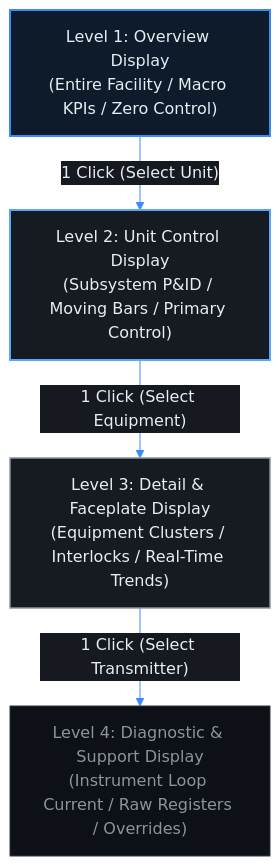
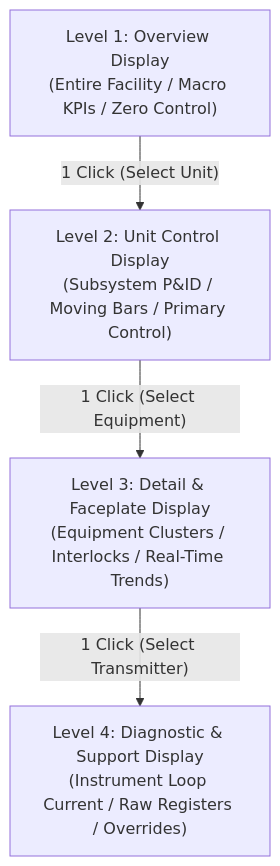
Before and after one commit to Novav20/The-Meridian-Grid: the diagram in docs/00-Domain-Mastery/lessons/16-ISA-101-High-Performance-HMI.md, drawn with Mermaid. The commit also changed 15 other files, not shown here.

Commit message:
Clean up Mermaid lesson diagrams

````diff
--- a/docs/00-Domain-Mastery/lessons/16-ISA-101-High-Performance-HMI.md
+++ b/docs/00-Domain-Mastery/lessons/16-ISA-101-High-Performance-HMI.md
@@ -250,30 +250,12 @@
 ```mermaid
-%%{init: {
-  'theme': 'base',
-  'themeVariables': {
-    'darkMode': true,
-    'primaryColor': '#1E222B',
-    'primaryTextColor': '#E6EDF3',
-    'primaryBorderColor': '#388BFD',
-    'lineColor': '#388BFD',
-    'secondaryColor': '#16191F',
-    'tertiaryColor': '#0D1117',
-    'edgeLabelBackground': '#16191F'
-  },
-  'themeCSS': '.edgeLabel { color: #E6EDF3 !important; } .edgeLabel rect { fill: #16191F !important; } .label { color: #E6EDF3 !important; } .cluster-label span { color: #E6EDF3 !important; }'
-}}%%
 graph TD
-    classDef l1 fill:#0d1b2a,stroke:#388bfd,stroke-width:2px,color:#e6edf3
-    classDef l2 fill:#161b22,stroke:#58a6ff,stroke-width:2px,color:#e6edf3
-    classDef l3 fill:#161b22,stroke:#8b949e,stroke-width:1.5px,color:#e6edf3
-    classDef l4 fill:#0d1117,stroke:#30363d,stroke-width:1px,color:#8b949e
 
-    L1["Level 1: Overview Display<br/>(Entire Facility / Macro KPIs / Zero Control)"]:::l1
-    L2["Level 2: Unit Control Display<br/>(Subsystem P&ID / Moving Bars / Primary Control)"]:::l2
-    L3["Level 3: Detail & Faceplate Display<br/>(Equipment Clusters / Interlocks / Real-Time Trends)"]:::l3
-    L4["Level 4: Diagnostic & Support Display<br/>(Instrument Loop Current / Raw Registers / Overrides)"]:::l4
+    L1["Level 1: Overview Display<br/>(Entire Facility / Macro KPIs / Zero Control)"]
+    L2["Level 2: Unit Control Display<br/>(Subsystem P&ID / Moving Bars / Primary Control)"]
+    L3["Level 3: Detail & Faceplate Display<br/>(Equipment Clusters / Interlocks / Real-Time Trends)"]
+    L4["Level 4: Diagnostic & Support Display<br/>(Instrument Loop Current / Raw Registers / Overrides)"]
 
     L1 -->|"1 Click (Select Unit)"| L2
     L2 -->|"1 Click (Select Equipment)"| L3
     L3 -->|"1 Click (Select Transmitter)"| L4
 ```
````
